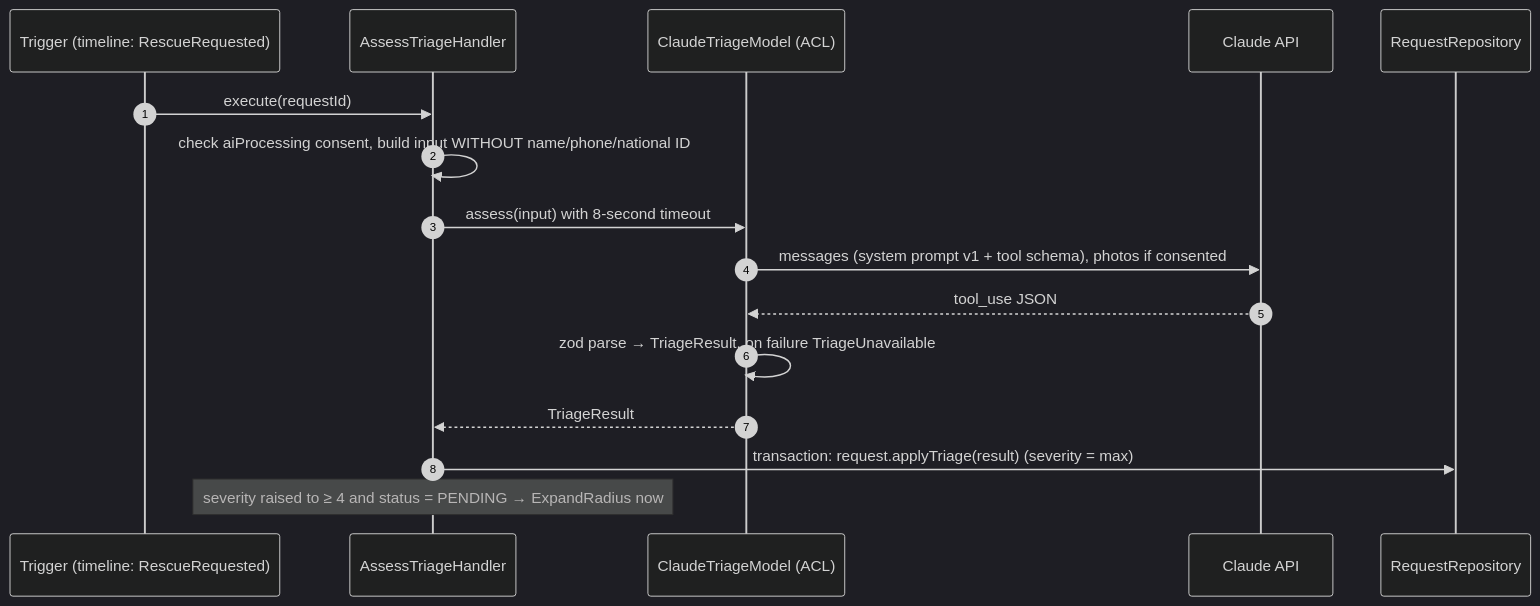
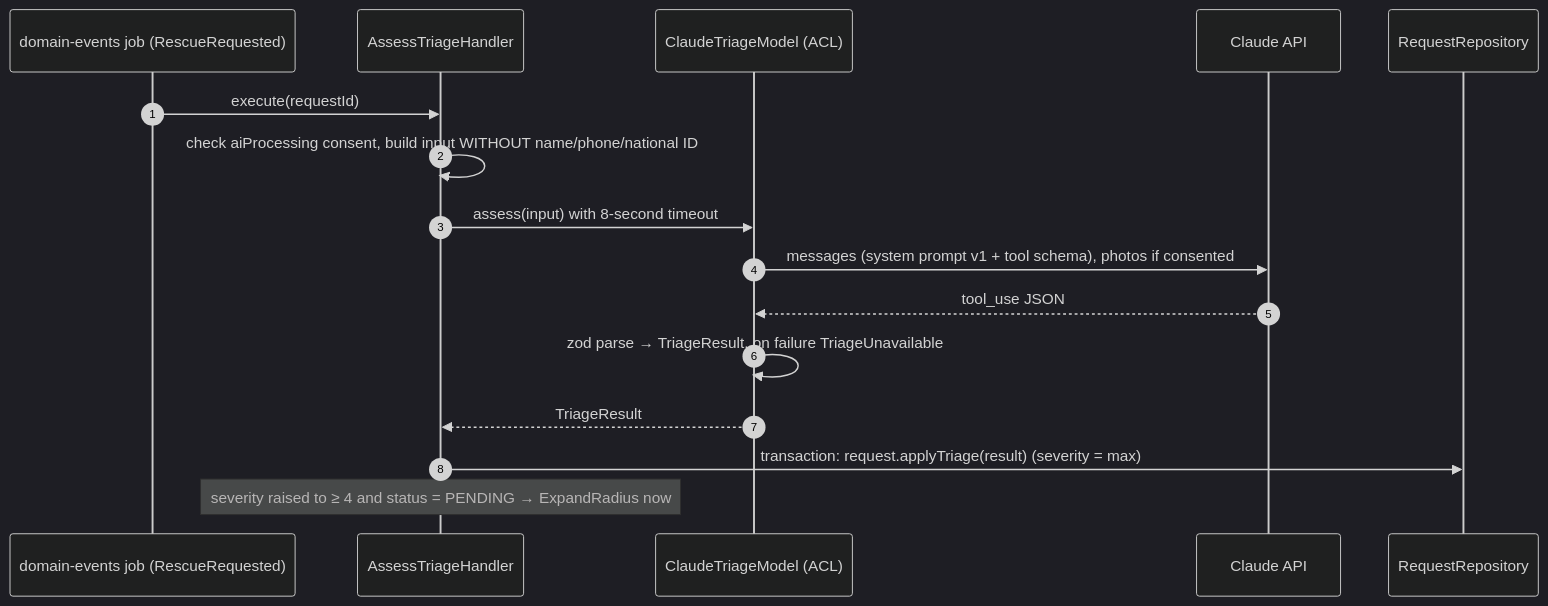
One commit to dunguyen-311201/graduation-project changed the fourth of 4 diagrams in docs/03-design/lld.md. Above: the diagram before and after it, drawn with Mermaid (dark theme). The commit also changed other lines of this file and 14 other files, not shown here.

First line of the commit message:
docs: ADR-0013 keep Firestore; align HLD/LLD/roadmap with NestJS API

````diff
--- a/docs/03-design/lld.md
+++ b/docs/03-design/lld.md
@@ -325,19 +340,19 @@
 ```mermaid
 sequenceDiagram
   autonumber
-  participant T as Trigger (timeline: RescueRequested)
+  participant T as domain-events job (RescueRequested)
   participant H as AssessTriageHandler
   participant ACL as ClaudeTriageModel (ACL)
   participant API as Claude API
   participant Repo as RequestRepository
 
   T->>H: execute(requestId)
   H->>H: check aiProcessing consent, build input WITHOUT name/phone/national ID
   H->>ACL: assess(input) with 8-second timeout
   ACL->>API: messages (system prompt v1 + tool schema), photos if consented
   API-->>ACL: tool_use JSON
   ACL->>ACL: zod parse → TriageResult, on failure TriageUnavailable
   ACL-->>H: TriageResult
   H->>Repo: transaction: request.applyTriage(result) (severity = max)
   Note over H: severity raised to ≥ 4 and status = PENDING → ExpandRadius now
 ```
````
